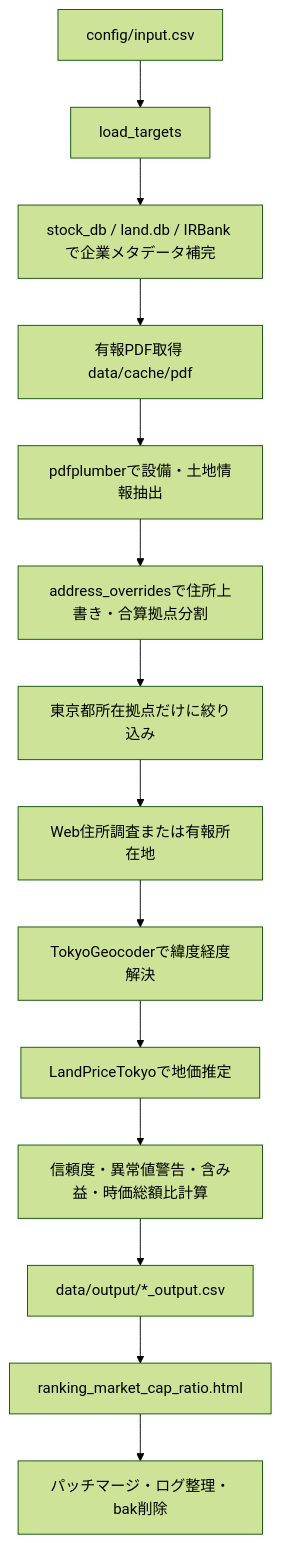
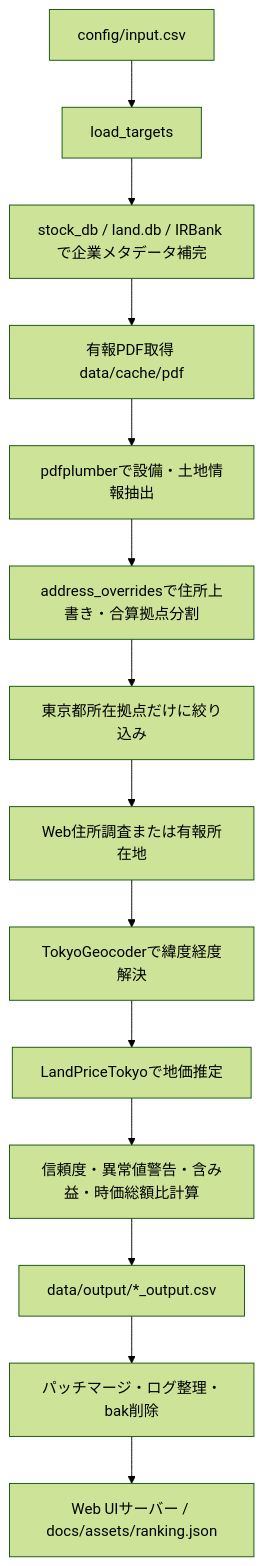
The diagram in ARCHITECTURE.md (expgolemclone/land_value_research), drawn with Mermaid (forest theme) before and after one commit. The commit also changed other lines of this file and 16 other files, not shown here.

Commit message:
feat: retire ranking HTML for web UI

````diff
--- a/ARCHITECTURE.md
+++ b/ARCHITECTURE.md
@@ -207,16 +197,16 @@
 ```mermaid
 flowchart TD
     A[config/input.csv] --> B[load_targets]
     B --> C[stock_db / land.db / IRBank で企業メタデータ補完]
     C --> D[有報PDF取得 data/cache/pdf]
     D --> E[pdfplumberで設備・土地情報抽出]
     E --> F[address_overridesで住所上書き・合算拠点分割]
     F --> G[東京都所在拠点だけに絞り込み]
     G --> H[Web住所調査または有報所在地]
     H --> I[TokyoGeocoderで緯度経度解決]
     I --> J[LandPriceTokyoで地価推定]
     J --> K[信頼度・異常値警告・含み益・時価総額比計算]
     K --> L[data/output/*_output.csv]
-    L --> M[ranking_market_cap_ratio.html]
-    M --> N[パッチマージ・ログ整理・bak削除]
+    L --> M[パッチマージ・ログ整理・bak削除]
+    M --> N[Web UIサーバー / docs/assets/ranking.json]
 ```
````
